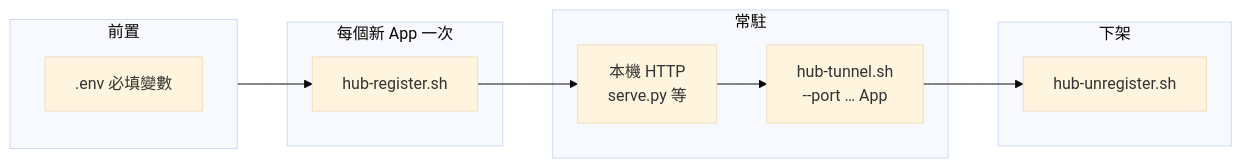
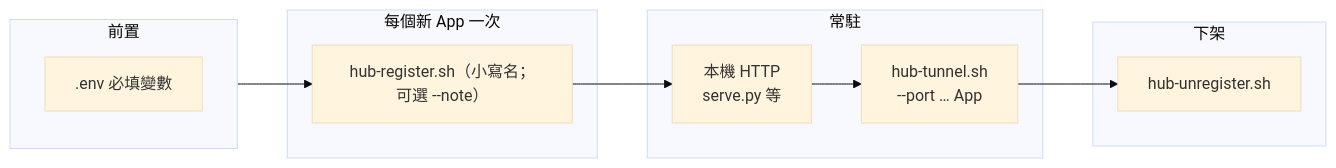
The diagram in Manual.md (MDMTseng/WebTunnelHub), drawn with Mermaid (base theme) before and after one commit. The commit also changed other lines of this file and 5 other files, not shown here.

````diff
--- a/Manual.md
+++ b/Manual.md
@@ -25,18 +25,18 @@
 ```mermaid
 flowchart LR
   subgraph prep [前置]
     E[".env 必填變數"]
   end
   subgraph once [每個新 App 一次]
-    R["hub-register.sh"]
+    R["hub-register.sh（小寫名；可選 --note）"]
   end
   subgraph run [常駐]
     S["本機 HTTP\nserve.py 等"]
     T["hub-tunnel.sh\n--port … App"]
   end
   subgraph end [下架]
     U["hub-unregister.sh"]
   end
   prep --> R --> S --> T
   T --> U
 ```
````
